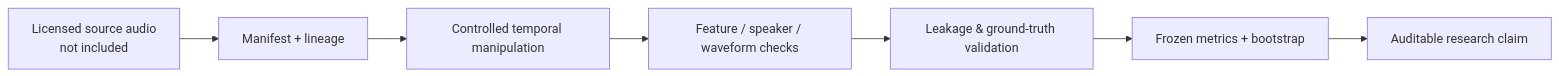
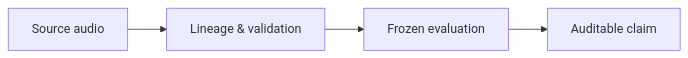
Before and after one commit to XuWenboooo/AudiobookBench-CN: the second of 2 diagrams in README.md, drawn with Mermaid. The commit also changed other lines of this file, not shown here.

Commit message:
Simplify README diagrams

````diff
--- a/README.md
+++ b/README.md
@@ -58,9 +55,6 @@
 ```mermaid
 flowchart LR
-  A["Licensed source audio\nnot included"] --> B["Manifest + lineage"]
-  B --> C["Controlled temporal manipulation"]
-  C --> D["Feature / speaker / waveform checks"]
-  D --> E["Leakage & ground-truth validation"]
-  E --> F["Frozen metrics + bootstrap"]
-  F --> G["Auditable research claim"]
+  A["Source audio"] --> B["Lineage & validation"]
+  B --> C["Frozen evaluation"]
+  C --> D["Auditable claim"]
 ```
````
